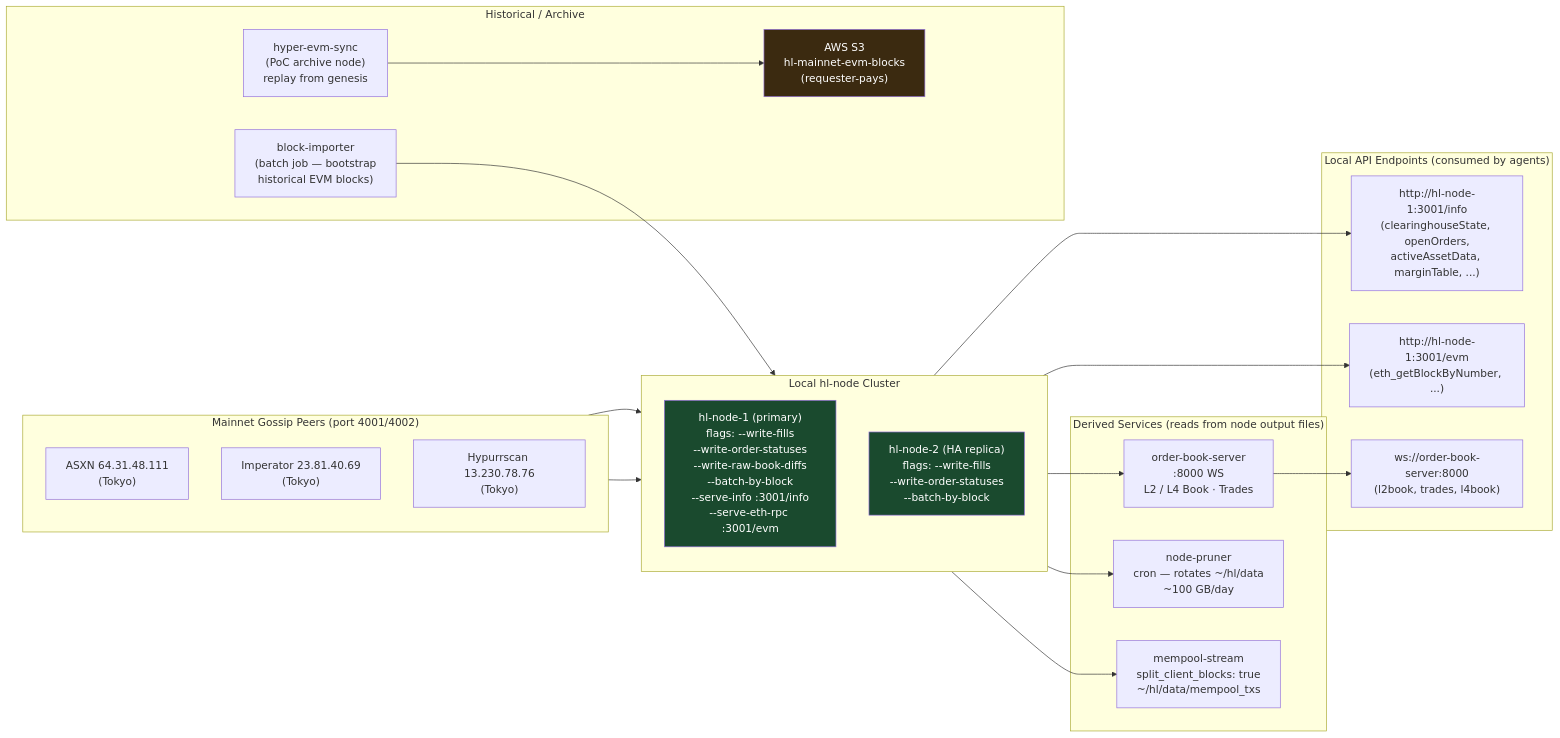
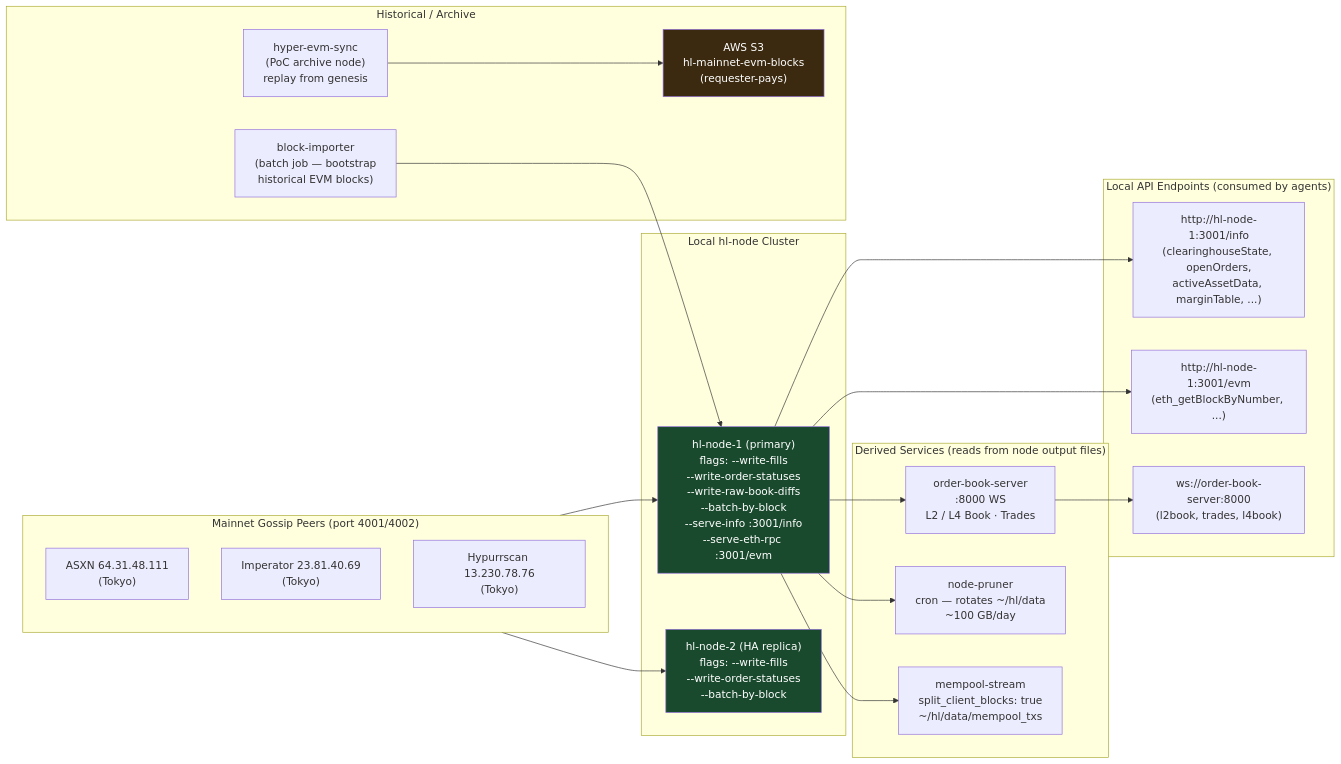
One commit to enuno/hyperliquid-trading-firm changed the second of 12 diagrams in docs/APP_INFRASTRUCTURE.md. Above: the diagram before and after it, drawn with Mermaid. The commit also changed other lines of this file, not shown here.

First line of the commit message:
fix: resolve Mermaid rendering errors in 8 diagrams

````diff
--- a/docs/APP_INFRASTRUCTURE.md
+++ b/docs/APP_INFRASTRUCTURE.md
@@ -214,47 +214,46 @@
 ```mermaid
 graph LR
     subgraph PEERS["Mainnet Gossip Peers (port 4001/4002)"]
         P1["ASXN 64.31.48.111\n(Tokyo)"]
         P2["Imperator 23.81.40.69\n(Tokyo)"]
         P3["Hypurrscan 13.230.78.76\n(Tokyo)"]
     end
 
     subgraph NODES["Local hl-node Cluster"]
-        direction TB
         N1["hl-node-1 (primary)\nflags: --write-fills\n--write-order-statuses\n--write-raw-book-diffs\n--batch-by-block\n--serve-info :3001/info\n--serve-eth-rpc :3001/evm"]
         N2["hl-node-2 (HA replica)\nflags: --write-fills\n--write-order-statuses\n--batch-by-block"]
     end
 
     subgraph DERIVED["Derived Services (reads from node output files)"]
         OBS["order-book-server\n:8000 WS\nL2 / L4 Book · Trades"]
         PRUNER["node-pruner\ncron — rotates ~/hl/data\n~100 GB/day"]
         MEMPOOL["mempool-stream\nsplit_client_blocks: true\n~/hl/data/mempool_txs"]
     end
 
     subgraph ARCHIVE["Historical / Archive"]
         EVM_SYNC["hyper-evm-sync\n(PoC archive node)\nreplay from genesis"]
         BLOCK_IMP["block-importer\n(batch job — bootstrap\nhistorical EVM blocks)"]
         S3["AWS S3\nhl-mainnet-evm-blocks\n(requester-pays)"]
     end
 
     subgraph LOCAL_API["Local API Endpoints (consumed by agents)"]
         INFO["http://hl-node-1:3001/info\n(clearinghouseState, openOrders,\nactiveAssetData, marginTable, ...)"]
         EVM_RPC["http://hl-node-1:3001/evm\n(eth_getBlockByNumber, ...)"]
         OB_WS["ws://order-book-server:8000\n(l2book, trades, l4book)"]
     end
 
     PEERS --> N1
     PEERS --> N2
     N1 --> OBS
     N1 --> PRUNER
     N1 --> MEMPOOL
     N1 --> INFO
     N1 --> EVM_RPC
     OBS --> OB_WS
     EVM_SYNC --> S3
     BLOCK_IMP --> N1
 
     style N1 fill:#1a4a2e,color:#fff
     style N2 fill:#1a4a2e,color:#fff
     style S3 fill:#3b2a10,color:#fff
 ```
````
